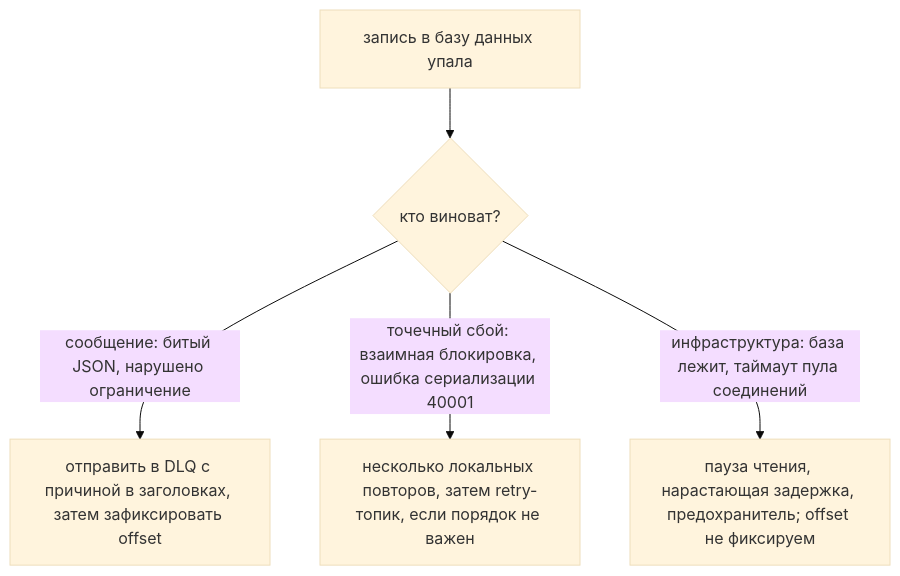
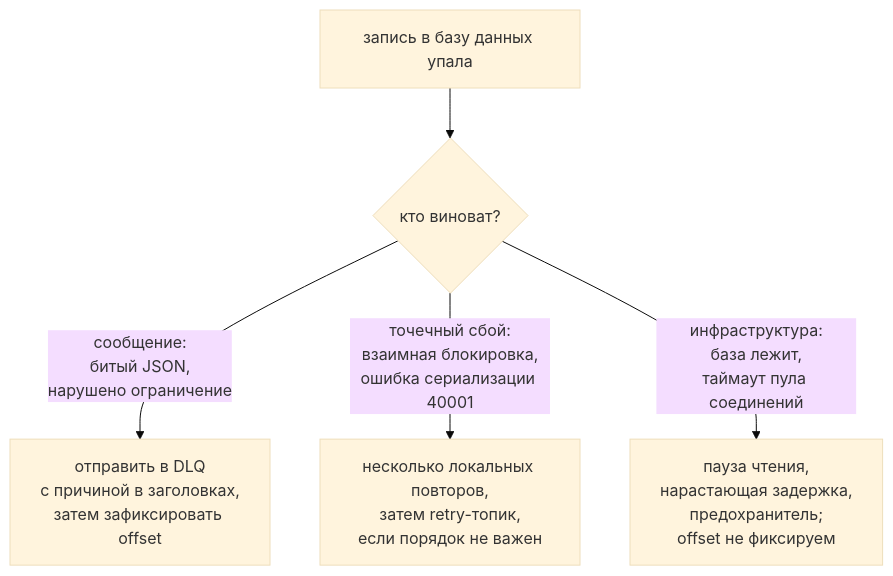
Before and after one commit to iamthen0ise/reference: the diagram in Бэкенд/Очереди/Kafka/Повторные попытки при падении базы.md, drawn with Mermaid (base theme). The commit also changed 7 other files, not shown here.

First line of the commit message:
Kafka и Redis: схемы и модели на Python

````diff
--- a/Бэкенд/Очереди/Kafka/Повторные попытки при падении базы.md
+++ b/Бэкенд/Очереди/Kafka/Повторные попытки при падении базы.md
@@ -9,7 +9,7 @@
 ```mermaid
 flowchart TD
     e["запись в базу данных упала"] --> c{"кто виноват?"}
-    c -- "сообщение: битый JSON, нарушено ограничение" --> p["отправить в DLQ с причиной в заголовках, затем зафиксировать offset"]
-    c -- "точечный сбой: взаимная блокировка, ошибка сериализации 40001" --> t["несколько локальных повторов, затем retry-топик, если порядок не важен"]
-    c -- "инфраструктура: база лежит, таймаут пула соединений" --> i["пауза чтения, нарастающая задержка, предохранитель; offset не фиксируем"]
+    c -- "сообщение:<br/>битый JSON,<br/>нарушено ограничение" --> p["отправить в DLQ<br/>с причиной в заголовках,<br/>затем зафиксировать offset"]
+    c -- "точечный сбой:<br/>взаимная блокировка,<br/>ошибка сериализации 40001" --> t["несколько локальных повторов,<br/>затем retry-топик,<br/>если порядок не важен"]
+    c -- "инфраструктура:<br/>база лежит,<br/>таймаут пула соединений" --> i["пауза чтения,<br/>нарастающая задержка,<br/>предохранитель;<br/>offset не фиксируем"]
 ```
````
